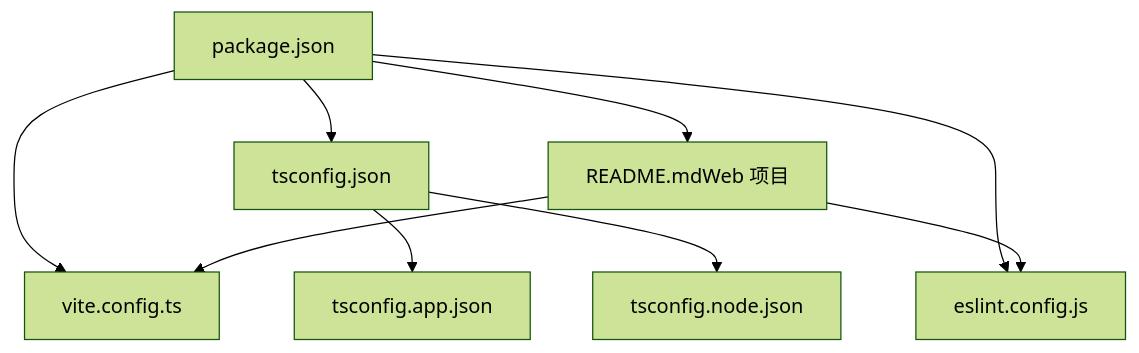
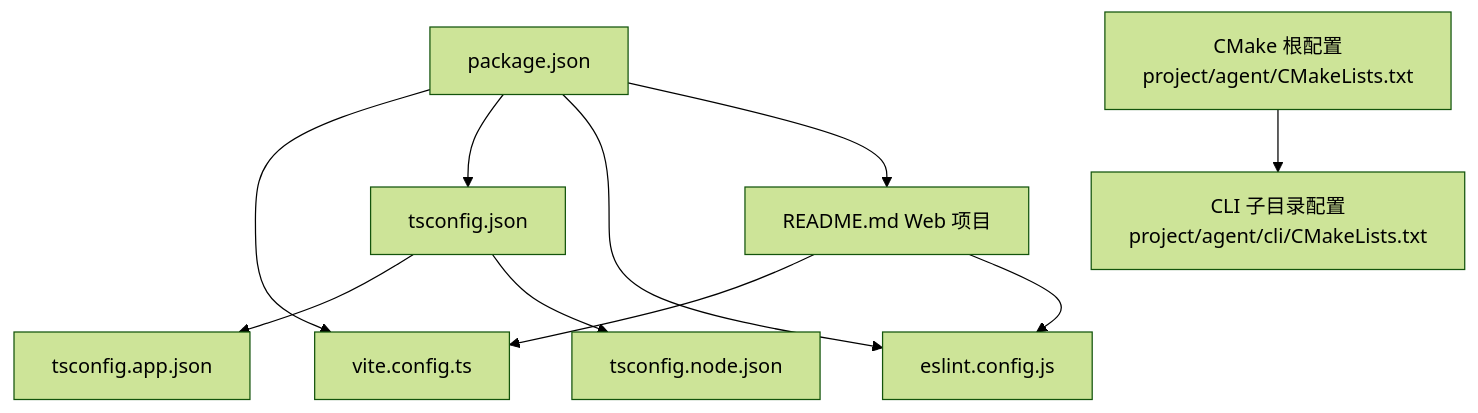
Before and after one commit to tsxuehu/pi-guard: the fifth of 5 diagrams in .qoder/repowiki/zh/content/React 前端应用/构建与配置管理.md, drawn with Mermaid (forest theme). The commit also changed other lines of this file and 7 other files, not shown here.

````diff
--- a/.qoder/repowiki/zh/content/React 前端应用/构建与配置管理.md
+++ b/.qoder/repowiki/zh/content/React 前端应用/构建与配置管理.md
@@ -253,11 +285,14 @@
 ```mermaid
 graph TB
 P["package.json"] --> V["vite.config.ts"]
 P --> T["tsconfig.json"]
 T --> TA["tsconfig.app.json"]
 T --> TN["tsconfig.node.json"]
 P --> E["eslint.config.js"]
-P --> R["README.mdWeb 项目"]
+P --> R["README.md Web 项目"]
 R --> V
 R --> E
+CMakeRoot["CMake 根配置<br/>project/agent/CMakeLists.txt"]
+CMakeCLI["CLI 子目录配置<br/>project/agent/cli/CMakeLists.txt"]
+CMakeRoot --> CMakeCLI
 ```
````
